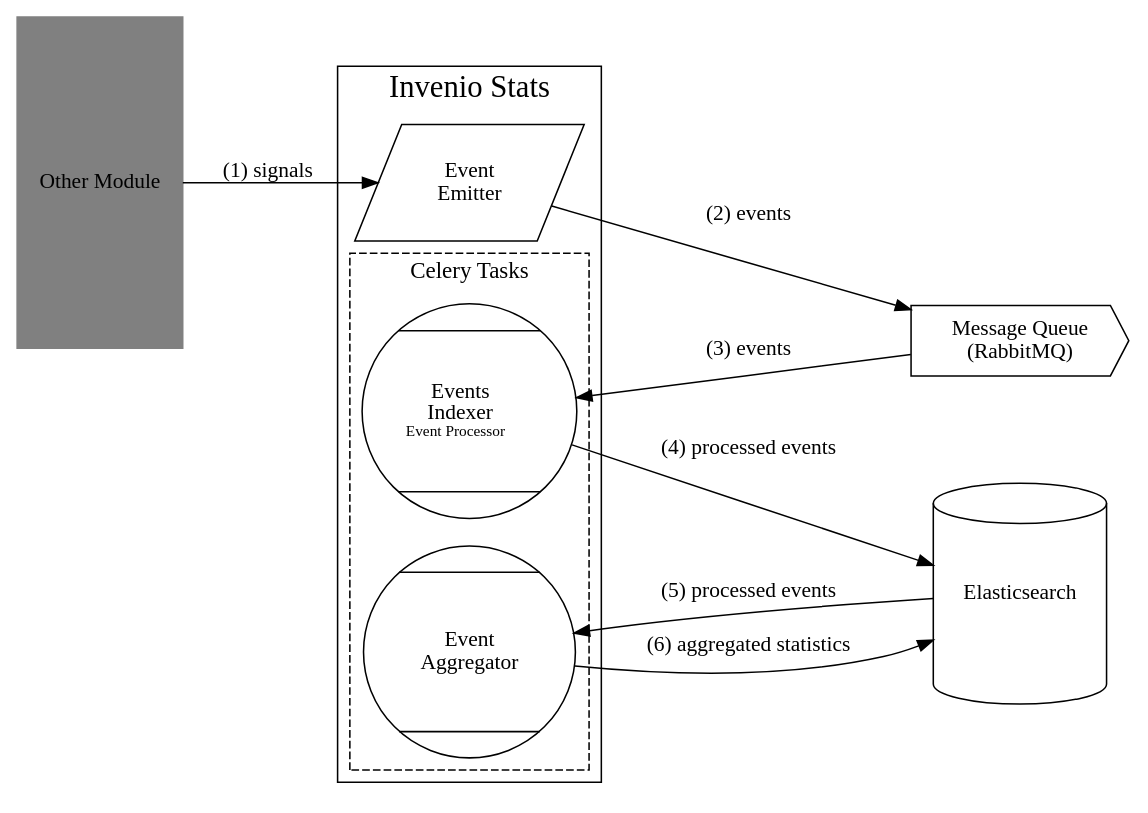
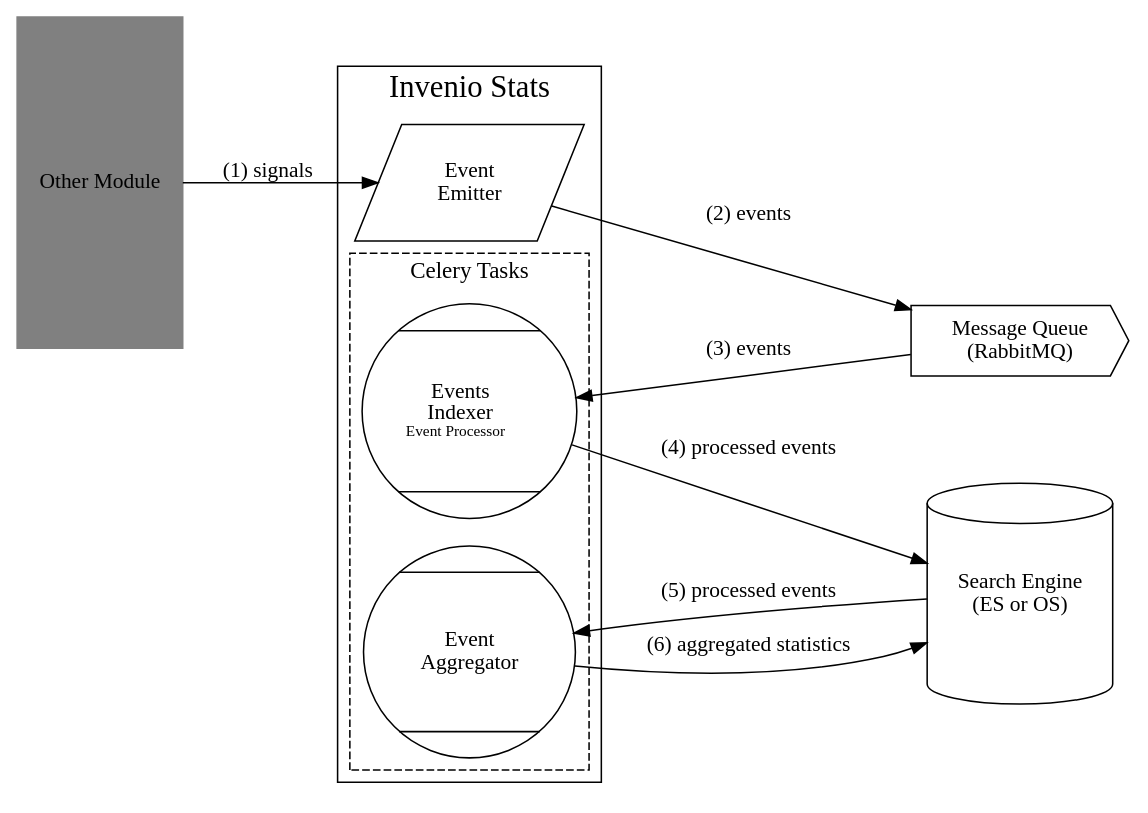
Before and after one commit to RCOSDP/weko: the first of 2 diagrams in modules/invenio-stats/docs/overview.rst, drawn with Graphviz. The commit also changed other lines of this file and 144 other files, not shown here.

```diff
--- a/modules/invenio-stats/docs/overview.rst
+++ b/modules/invenio-stats/docs/overview.rst
@@ -39,43 +39,43 @@
 .. graphviz::
 
     digraph G {
     rankdir=LR;
 
     Module [
         label="Other Module",
         width=1.5,
         height=3,
         fixedsize=true, // don't allow nodes to change sizes dynamically
         shape=rectangle
         color=grey,
         style=filled,
     ];
     Module -> Emitter [label="(1) signals"];
 
     subgraph cluster_invenio_stats {
         rank=same;
         fontsize = 20;
         label = "Invenio Stats";
         style = "solid";
         Emitter [label="Event\nEmitter", shape="parallelogram"];
 
         subgraph cluster_celery {
             label="Celery Tasks"
             style="dashed"
             fontsize = 15;
             Processor [label=<Events<BR/>Indexer<BR/><FONT POINT-SIZE="10">Event Processor</FONT>>, shape=Mcircle]
             Aggregator [label="Event\nAggregator", shape=Mcircle]
         }
     }
     Queue [label="Message Queue\n(RabbitMQ)", margin=0.2, shape="cds"];
-    Elasticsearch [label="Elasticsearch", shape="cylinder", height=2];
+    Search [label="Search Engine\n(ES or OS)", shape="cylinder", height=2];
 
     Emitter -> Queue [label="(2) events"];
 
     Queue -> Processor [label="(3) events"];
 
-    Processor -> Elasticsearch [label="(4) processed events"];
+    Processor -> Search [label="(4) processed events"];
 
-    Aggregator -> Elasticsearch [label="(5) processed events" dir=back];
-    Aggregator -> Elasticsearch [label="(6) aggregated statistics"];
+    Aggregator -> Search [label="(5) processed events" dir=back];
+    Aggregator -> Search [label="(6) aggregated statistics"];
     }
```
